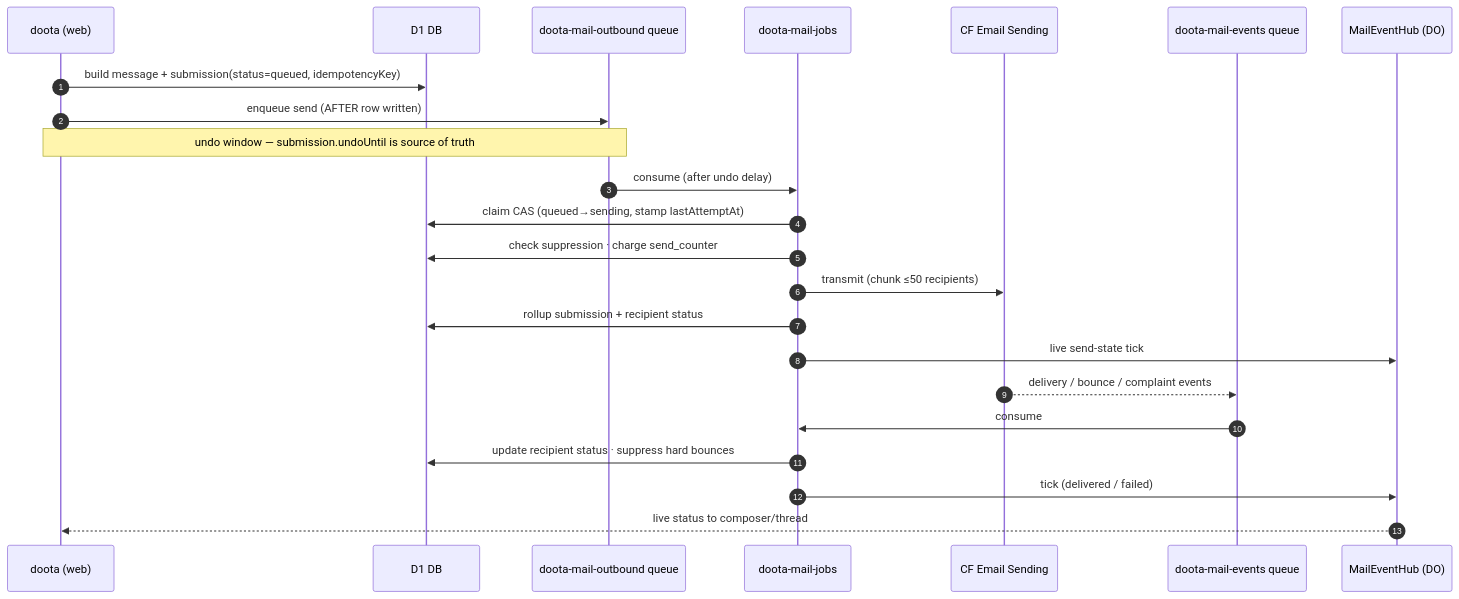
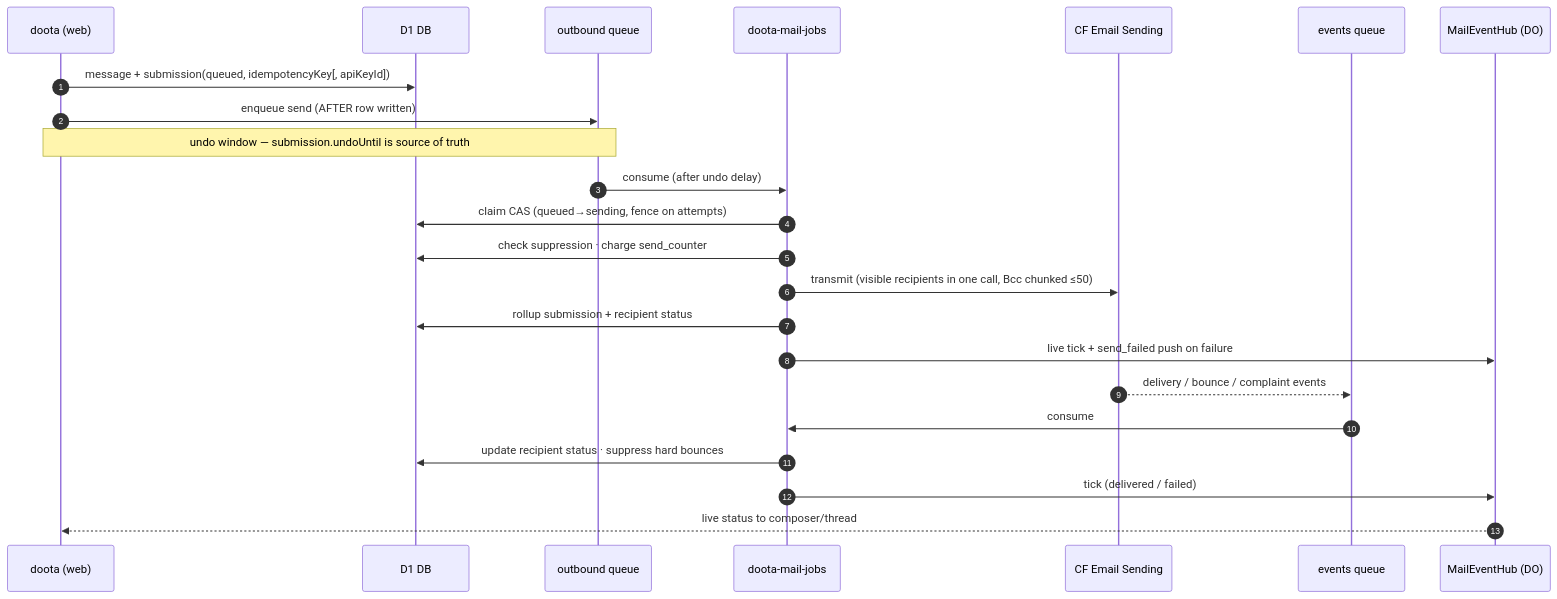
Before and after one commit to etherCorps/doota: the fourth of 5 diagrams in docs/architecture-diagrams.md, drawn with Mermaid. The commit also changed other lines of this file and 15 other files, not shown here.

First line of the commit message:
docs: rewrite internal docs current + refresh public docs with logo'd architecture

````diff
--- a/docs/architecture-diagrams.md
+++ b/docs/architecture-diagrams.md
@@ -430,26 +538,26 @@
 ```mermaid
 sequenceDiagram
     autonumber
     participant WEB as doota (web)
     participant D1 as D1 DB
-    participant Q as doota-mail-outbound queue
+    participant Q as outbound queue
     participant JOBS as doota-mail-jobs
     participant SEND as CF Email Sending
-    participant EV as doota-mail-events queue
+    participant EV as events queue
     participant HUB as MailEventHub (DO)
 
-    WEB->>D1: build message + submission(status=queued, idempotencyKey)
+    WEB->>D1: message + submission(queued, idempotencyKey[, apiKeyId])
     WEB->>Q: enqueue send (AFTER row written)
     Note over WEB,Q: undo window — submission.undoUntil is source of truth
     Q->>JOBS: consume (after undo delay)
-    JOBS->>D1: claim CAS (queued→sending, stamp lastAttemptAt)
+    JOBS->>D1: claim CAS (queued→sending, fence on attempts)
     JOBS->>D1: check suppression · charge send_counter
-    JOBS->>SEND: transmit (chunk ≤50 recipients)
+    JOBS->>SEND: transmit (visible recipients in one call, Bcc chunked ≤50)
     JOBS->>D1: rollup submission + recipient status
-    JOBS->>HUB: live send-state tick
+    JOBS->>HUB: live tick + send_failed push on failure
     SEND-->>EV: delivery / bounce / complaint events
     EV->>JOBS: consume
     JOBS->>D1: update recipient status · suppress hard bounces
     JOBS->>HUB: tick (delivered / failed)
     HUB-->>WEB: live status to composer/thread
 ```
````
